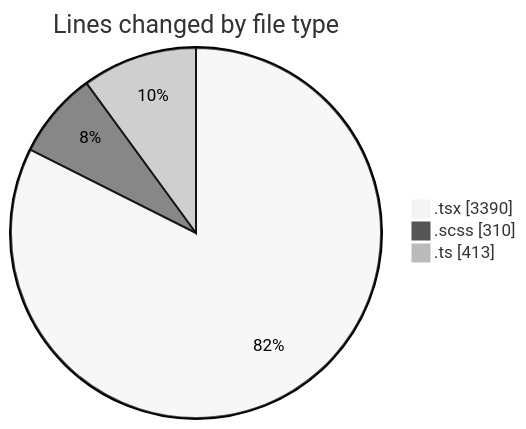
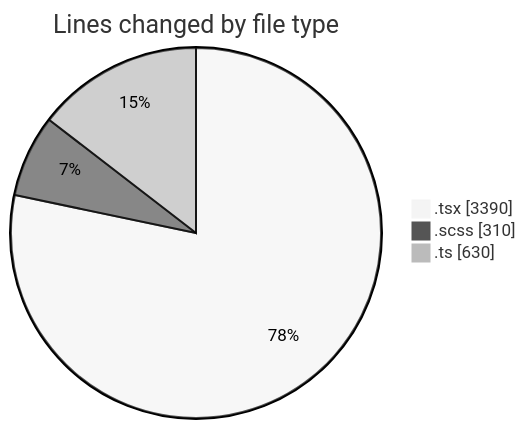
Before and after one commit to momahboobian/code-tracking: the first of 2 diagrams in 2026-05-01/cda/README.md, drawn with Mermaid (neutral theme). The commit also changed other lines of this file and 1 other file, not shown here.

````diff
--- a/2026-05-01/cda/README.md
+++ b/2026-05-01/cda/README.md
@@ -62,7 +63,7 @@
 ```mermaid
 pie showData
 title Lines changed by file type
 ".tsx" : 3390
 ".scss" : 310
-".ts" : 413
+".ts" : 630
 ```
````
